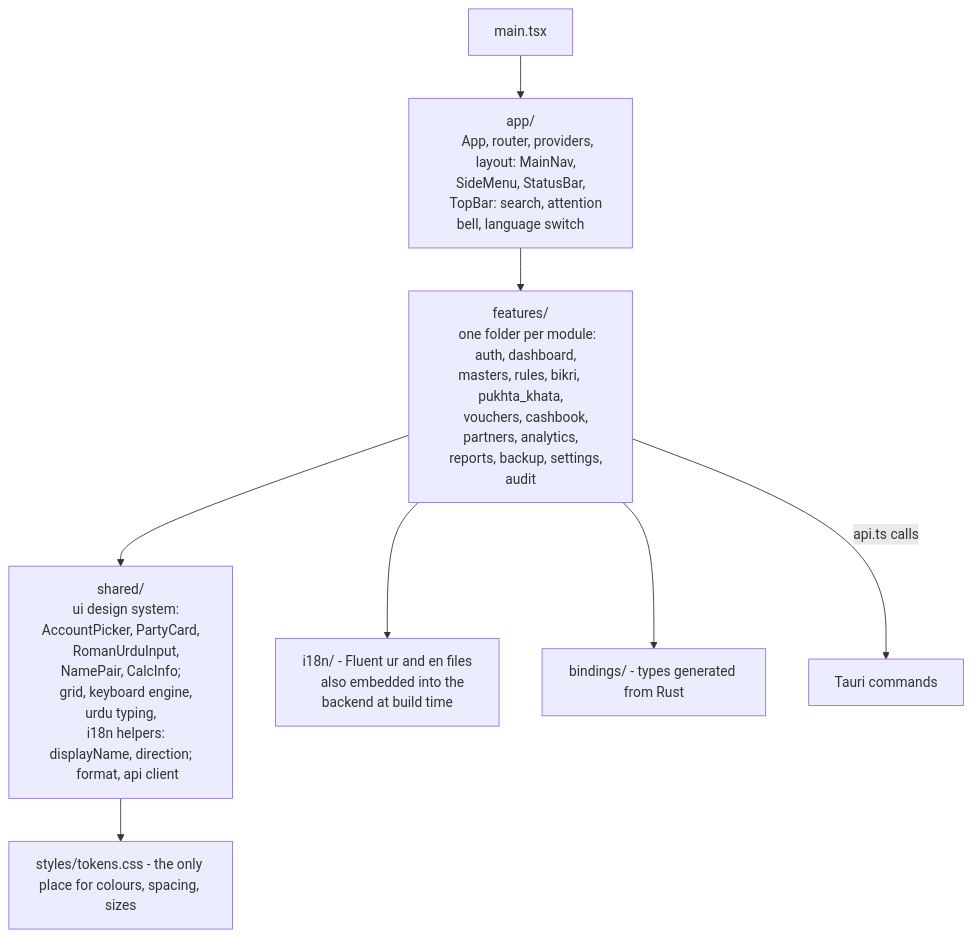
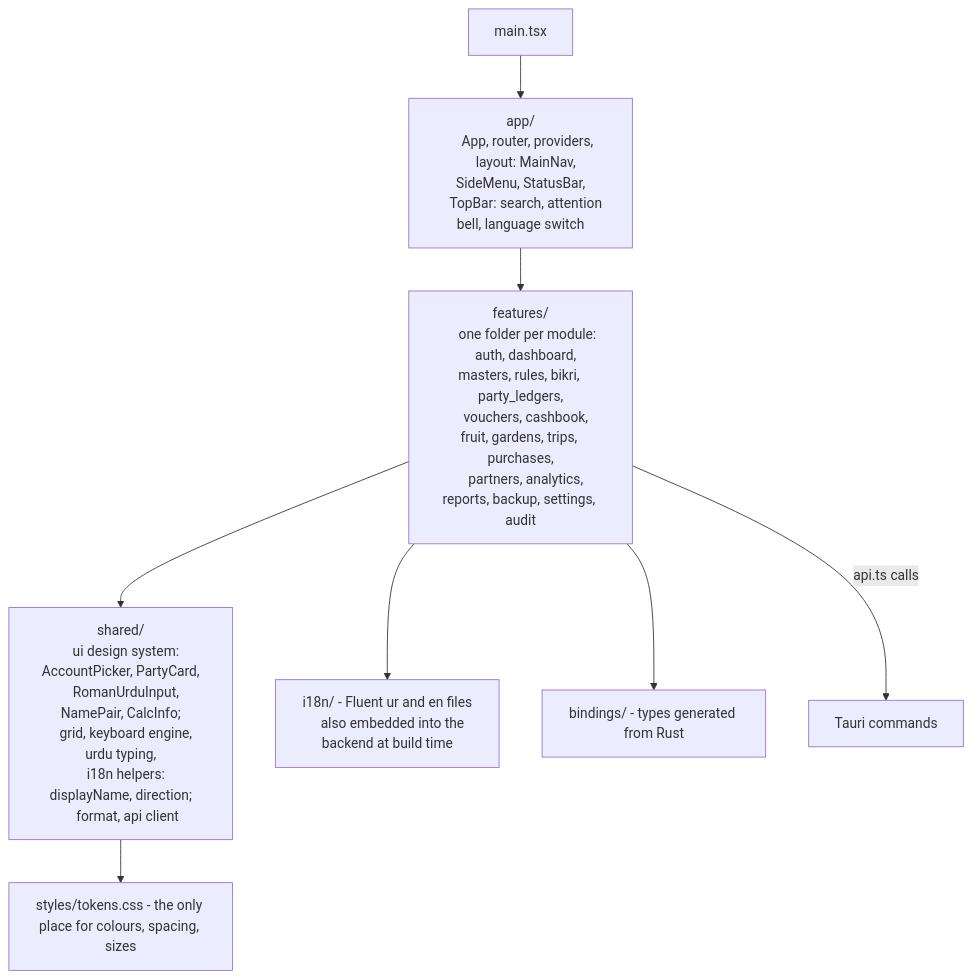
Before and after one commit to FaisalHanif12/Fruits-Mandi-Software: the fifth of 28 diagrams in .claude/rules/Architecture_v1.md, drawn with Mermaid. The commit also changed other lines of this file and 6920 other files, not shown here.

````diff
--- a/.claude/rules/Architecture_v1.md
+++ b/.claude/rules/Architecture_v1.md
@@ -178,23 +187,23 @@
 ```mermaid
 flowchart TB
     MAIN["main.tsx"] --> APPSHELL["app/
     App, router, providers,
     layout: MainNav, SideMenu, StatusBar,
     TopBar: search, attention bell, language switch"]
     APPSHELL --> FEAT["features/
     one folder per module:
-    auth, dashboard, masters, rules, bikri, pukhta_khata,
-    vouchers, cashbook, partners, analytics,
-    reports, backup, settings, audit"]
+    auth, dashboard, masters, rules, bikri, party_ledgers,
+    vouchers, cashbook, fruit, gardens, trips, purchases,
+    partners, analytics, reports, backup, settings, audit"]
     FEAT --> SHARED["shared/
     ui design system: AccountPicker, PartyCard,
     RomanUrduInput, NamePair, CalcInfo;
     grid, keyboard engine, urdu typing,
     i18n helpers: displayName, direction;
     format, api client"]
     FEAT --> I18N["i18n/ - Fluent ur and en files
     also embedded into the backend at build time"]
     FEAT --> BIND["bindings/ - types generated from Rust"]
     SHARED --> TOK["styles/tokens.css - the only place for colours, spacing, sizes"]
     FEAT -- "api.ts calls" --> TAURI["Tauri commands"]
 ```
````
